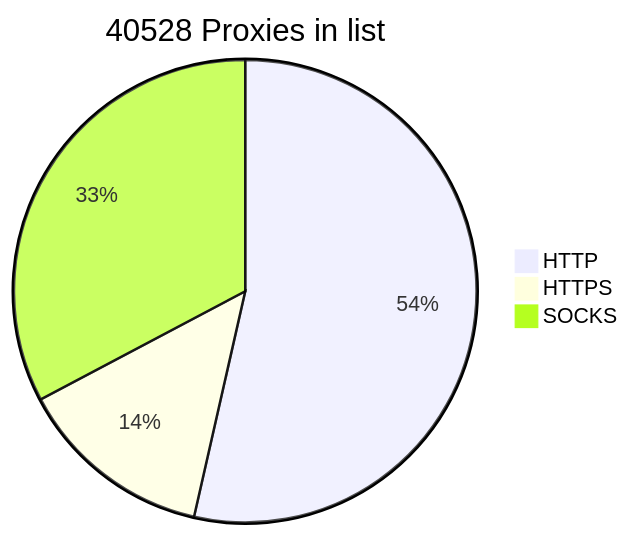
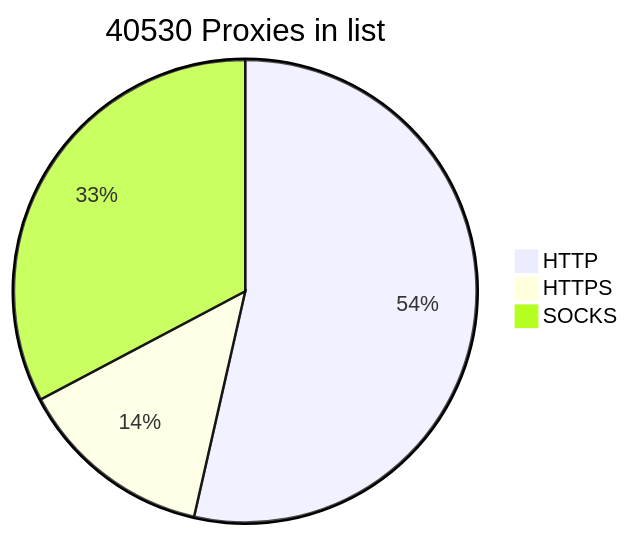
One commit to BlackSnowDot/proxylist-update-every-minute changed the diagram in README.md. Above: the diagram before and after it, drawn with Mermaid.

````diff
--- a/README.md
+++ b/README.md
@@ -2,6 +2,6 @@
 ```mermaid
-pie title 40528 Proxies in list
+pie title 40530 Proxies in list
     "HTTP" : 24336
     "HTTPS": 6228
-    "SOCKS" : 14877
+    "SOCKS" : 14879
 ```
````
